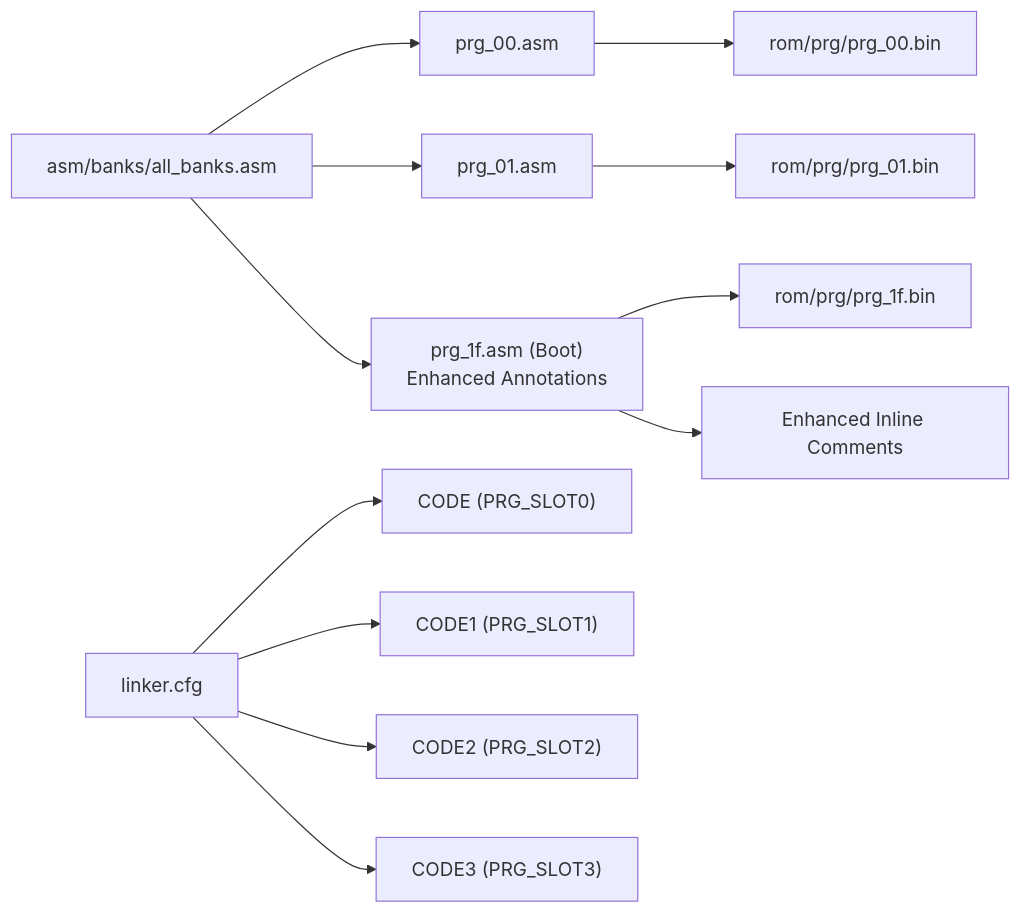
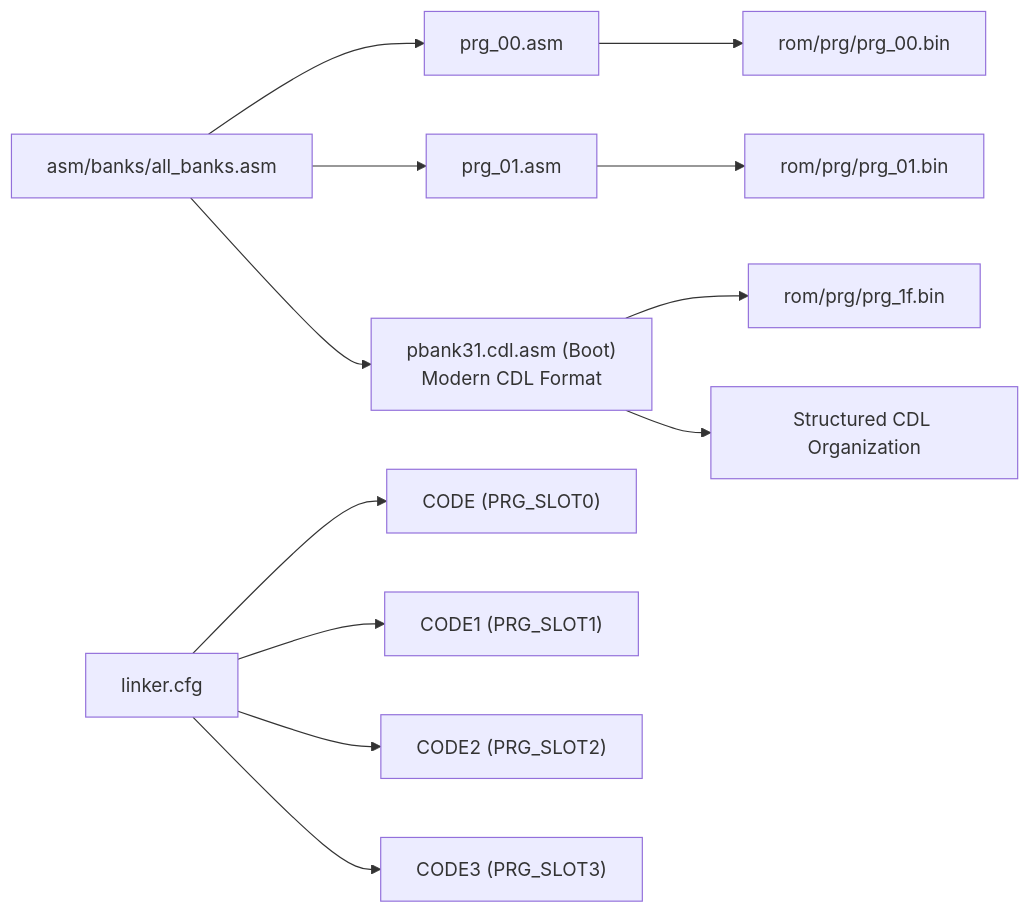
One commit to rabbyzero/sango2dasm changed the eighth of 9 diagrams in .qoder/repowiki/en/content/Assembly Architecture/Assembly Architecture.md. Above: the diagram before and after it, drawn with Mermaid. The commit also changed other lines of this file and 8 other files, not shown here.

````diff
--- a/.qoder/repowiki/en/content/Assembly Architecture/Assembly Architecture.md
+++ b/.qoder/repowiki/en/content/Assembly Architecture/Assembly Architecture.md
@@ -336,14 +317,14 @@
 ```mermaid
 graph LR
 ALLB["asm/banks/all_banks.asm"] --> B00["prg_00.asm"]
 ALLB --> B01["prg_01.asm"]
-ALLB --> B1F["prg_1f.asm (Boot)<br/>Enhanced Annotations"]
+ALLB --> CDL["pbank31.cdl.asm (Boot)<br/>Modern CDL Format"]
 LCFG["linker.cfg"] --> SEG0["CODE (PRG_SLOT0)"]
 LCFG --> SEG1["CODE1 (PRG_SLOT1)"]
 LCFG --> SEG2["CODE2 (PRG_SLOT2)"]
 LCFG --> SEG3["CODE3 (PRG_SLOT3)"]
 B00 --> BIN0["rom/prg/prg_00.bin"]
 B01 --> BIN1["rom/prg/prg_01.bin"]
-B1F --> BIN1F["rom/prg/prg_1f.bin"]
-B1F --> ANNOT["Enhanced Inline Comments"]
+CDL --> BIN1F["rom/prg/prg_1f.bin"]
+CDL --> STRUCT["Structured CDL Organization"]
 ```
````
